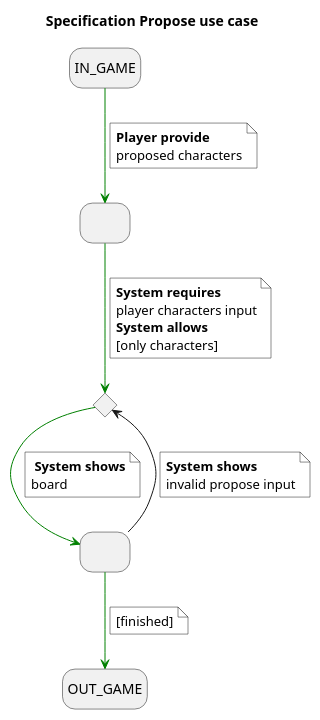
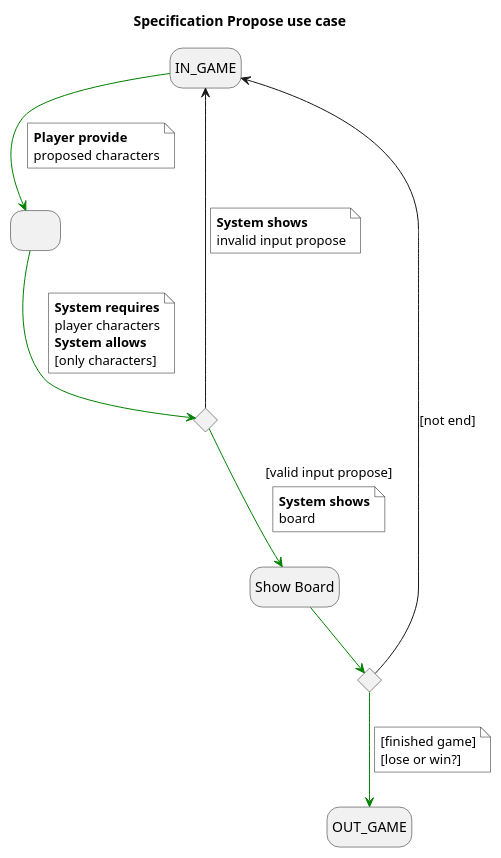
The diagram in requirements/userCase/specificationProposeUseCase.puml (jumpering/Hanged), drawn with PlantUML before and after one commit. The commit also changed 2 other files, not shown here.

```diff
--- a/requirements/userCase/specificationProposeUseCase.puml
+++ b/requirements/userCase/specificationProposeUseCase.puml
@@ -1,35 +1,43 @@
 @startuml
 title Specification Propose use case
 skinparam NoteBackgroundColor white
 hide empty description
 state userRequiresCompareWord as " "
-state compareWord as " "
+state showBoard as "Show Board"
 state ifValidPropose <<choice>>
+state ifEndGame <<choice>>
 
 IN_GAME -[#green]-> userRequiresCompareWord
 note on link #white
   <b>Player provide
   proposed characters
 end note
 userRequiresCompareWord -[#green]-> ifValidPropose
 note on link #white
   <b>System requires
-  player characters input
+  player characters
   <b>System allows
   [only characters]
 end note
-ifValidPropose -[#green]-> compareWord
+ifValidPropose -[#green]-> showBoard : [valid input propose]
+note on link
+  <b>System shows
+  board
+  end note
+ifValidPropose -up-> IN_GAME
 note on link #white
   <b>System shows
  board
 end note
-compareWord --> ifValidPropose
 note on link #white
   <b>System shows
-  invalid propose input
+  invalid input propose
 end note
-compareWord -[#green]-> OUT_GAME
+showBoard -[#green]-> ifEndGame
+ifEndGame -up-> IN_GAME : [not end]
+ifEndGame -[#green]-> OUT_GAME
 note on link #white
-  [finished]
+  [finished game]
+  [lose or win?]
 end note
 @enduml
```
